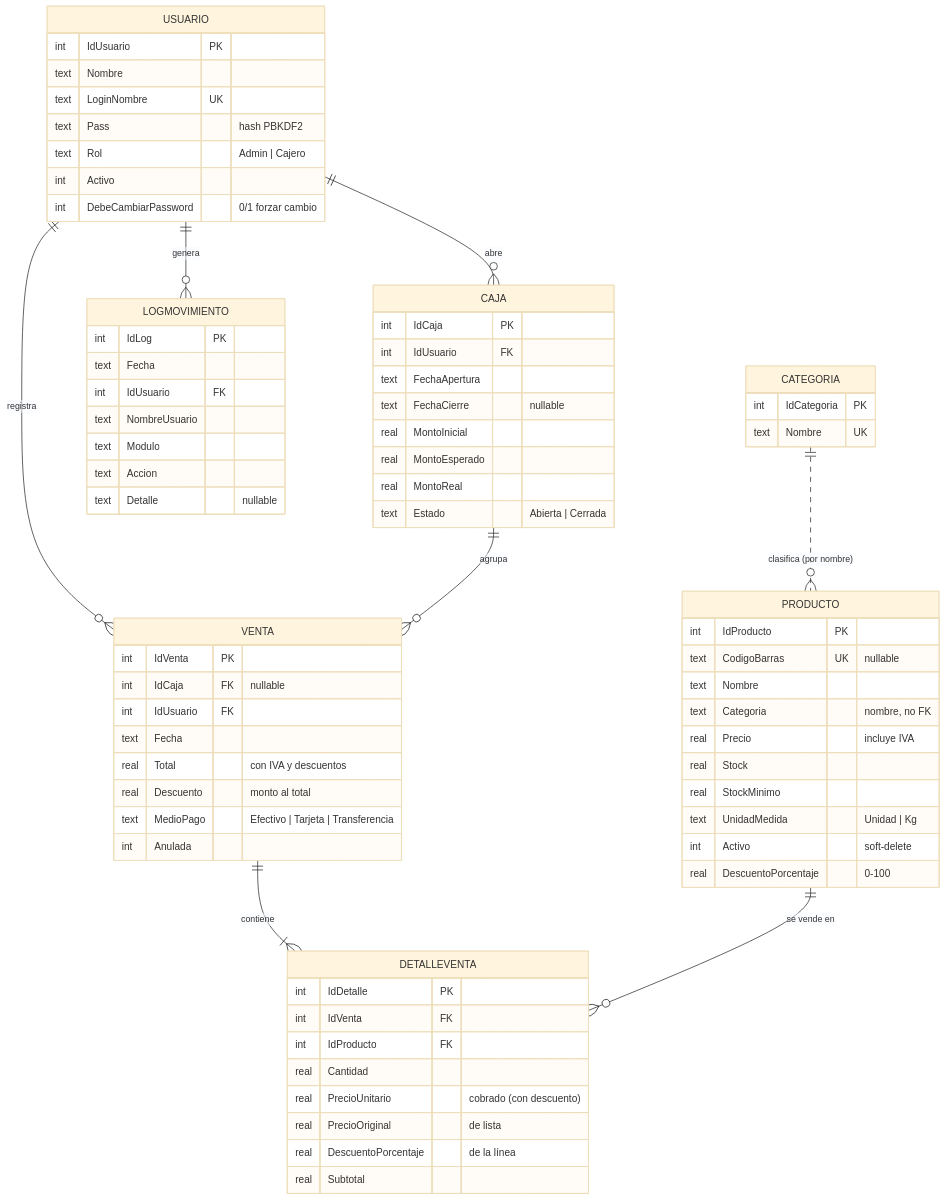
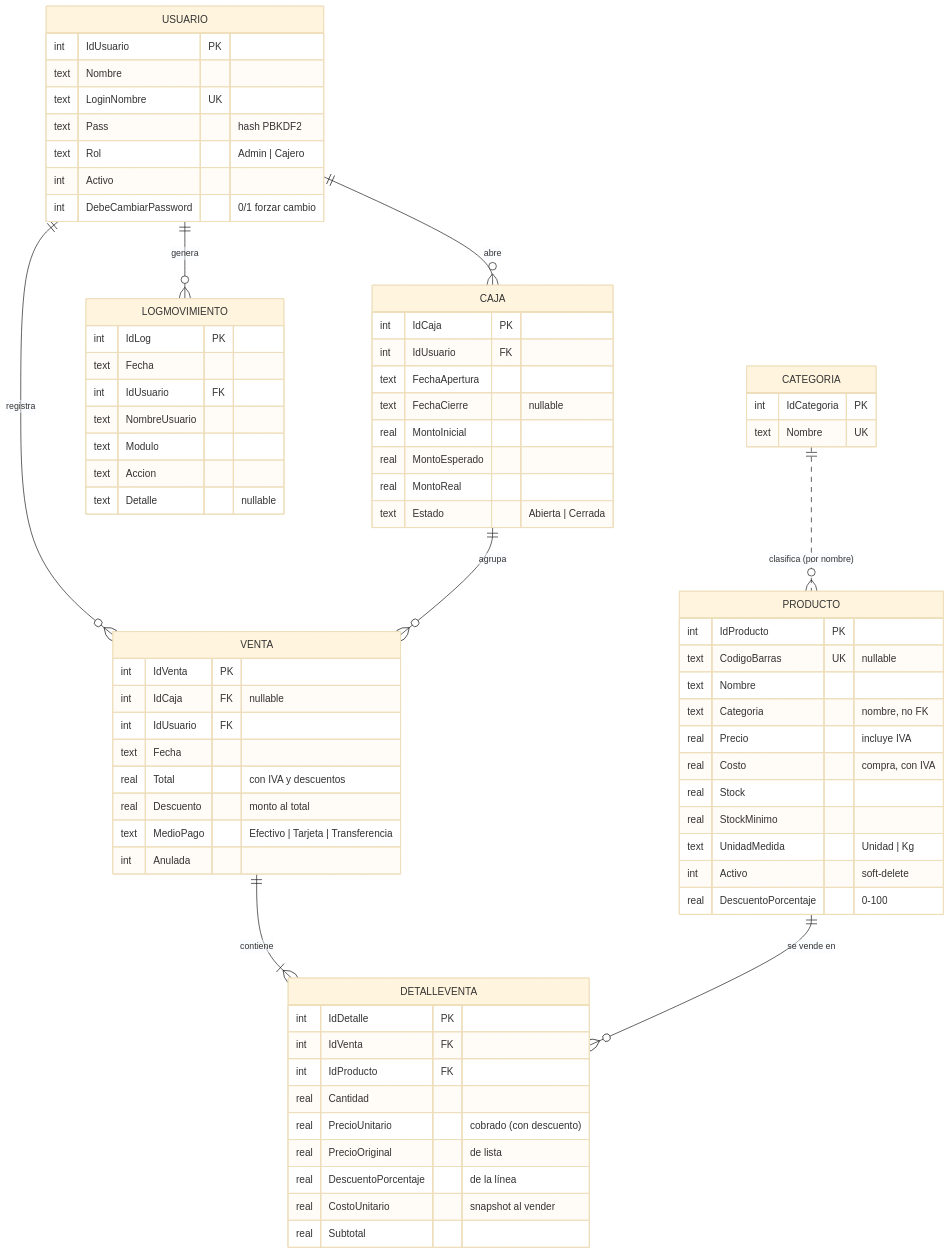
The diagram in docs/MODELO-DATOS.md (crisKstre/PosMaqueta), drawn with Mermaid (base theme) before and after one commit. The commit also changed other lines of this file and 18 other files, not shown here.

````diff
--- a/docs/MODELO-DATOS.md
+++ b/docs/MODELO-DATOS.md
@@ -13,75 +13,77 @@
 ```mermaid
 erDiagram
     USUARIO ||--o{ CAJA : abre
     USUARIO ||--o{ VENTA : registra
     USUARIO ||--o{ LOGMOVIMIENTO : genera
     CAJA ||--o{ VENTA : agrupa
     VENTA ||--|{ DETALLEVENTA : contiene
     PRODUCTO ||--o{ DETALLEVENTA : "se vende en"
     CATEGORIA ||..o{ PRODUCTO : "clasifica (por nombre)"
 
     USUARIO {
         int IdUsuario PK
         text Nombre
         text LoginNombre UK
         text Pass "hash PBKDF2"
         text Rol "Admin | Cajero"
         int Activo
         int DebeCambiarPassword "0/1 forzar cambio"
     }
     CATEGORIA {
         int IdCategoria PK
         text Nombre UK
     }
     PRODUCTO {
         int IdProducto PK
         text CodigoBarras UK "nullable"
         text Nombre
         text Categoria "nombre, no FK"
         real Precio "incluye IVA"
+        real Costo "compra, con IVA"
         real Stock
         real StockMinimo
         text UnidadMedida "Unidad | Kg"
         int Activo "soft-delete"
         real DescuentoPorcentaje "0-100"
     }
     CAJA {
         int IdCaja PK
         int IdUsuario FK
         text FechaApertura
         text FechaCierre "nullable"
         real MontoInicial
         real MontoEsperado
         real MontoReal
         text Estado "Abierta | Cerrada"
     }
     VENTA {
         int IdVenta PK
         int IdCaja FK "nullable"
         int IdUsuario FK
         text Fecha
         real Total "con IVA y descuentos"
         real Descuento "monto al total"
         text MedioPago "Efectivo | Tarjeta | Transferencia"
         int Anulada
     }
     DETALLEVENTA {
         int IdDetalle PK
         int IdVenta FK
         int IdProducto FK
         real Cantidad
         real PrecioUnitario "cobrado (con descuento)"
         real PrecioOriginal "de lista"
         real DescuentoPorcentaje "de la línea"
+        real CostoUnitario "snapshot al vender"
         real Subtotal
     }
     LOGMOVIMIENTO {
         int IdLog PK
         text Fecha
         int IdUsuario FK
         text NombreUsuario
         text Modulo
         text Accion
         text Detalle "nullable"
     }
 ```
````
